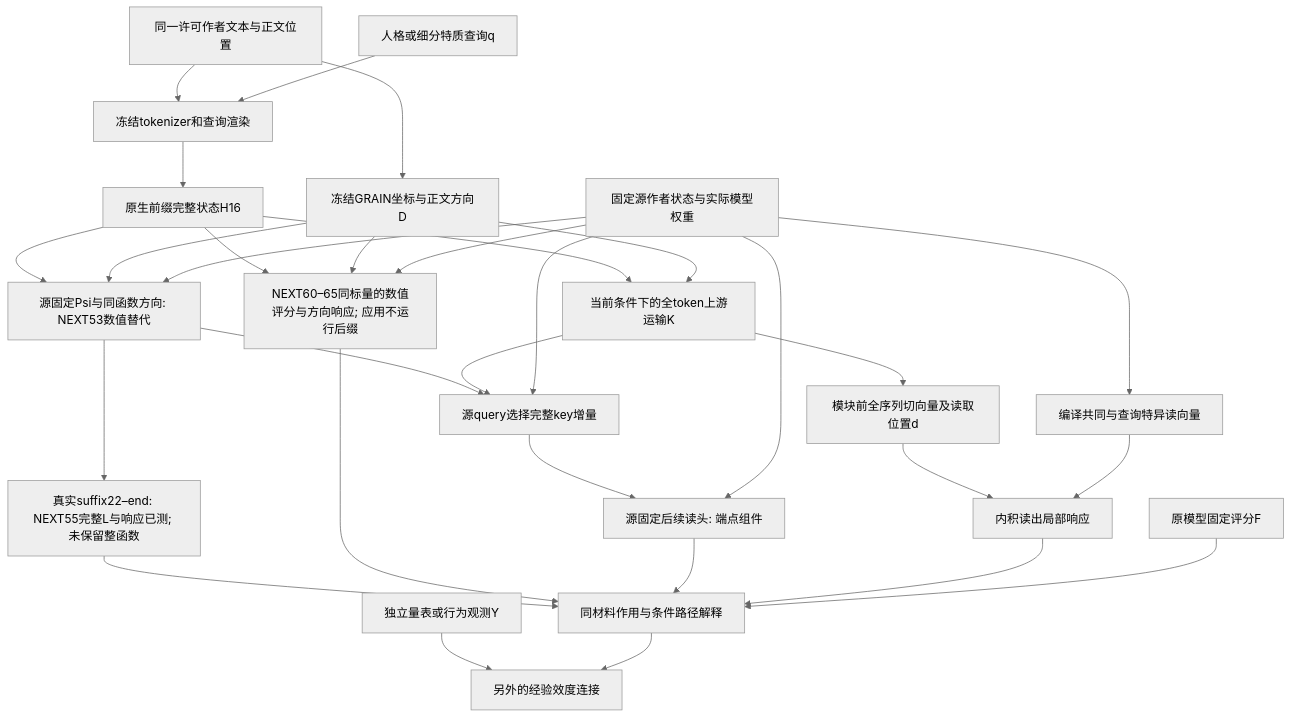
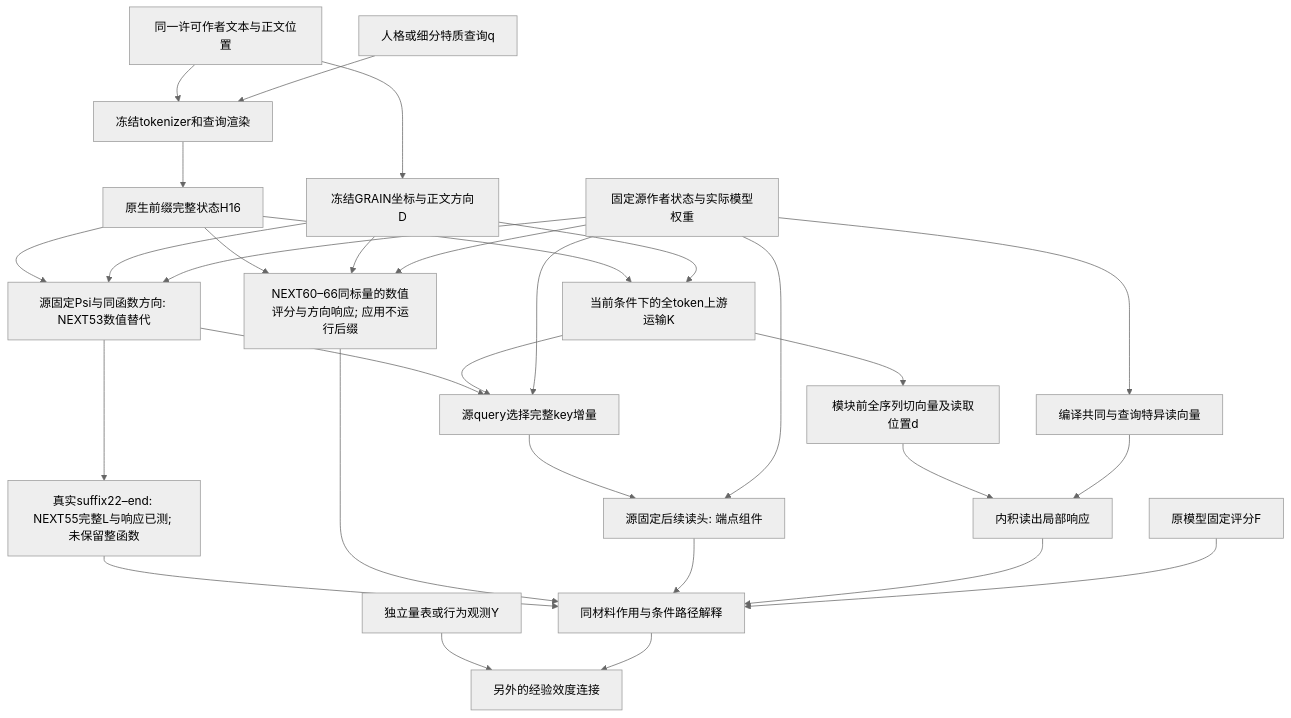
Before and after one commit to reiserhhh/GRAIN: the diagram in docs/GRAIN_UPSTREAM_MECHANISM_INTEGRATION_V1.md, drawn with Mermaid (neutral theme). The commit also changed other lines of this file and 22 other files, not shown here.

````diff
--- a/docs/GRAIN_UPSTREAM_MECHANISM_INTEGRATION_V1.md
+++ b/docs/GRAIN_UPSTREAM_MECHANISM_INTEGRATION_V1.md
@@ -8,32 +8,32 @@
 ```mermaid
 flowchart TD
   T[同一许可作者文本与正文位置] --> G[冻结GRAIN坐标与正文方向D]
   T --> R[冻结tokenizer和查询渲染]
   Q[人格或细分特质查询q] --> R
   R --> H[原生前缀完整状态H16]
   H --> K[当前条件下的全token上游运输K]
   H --> P[源固定Psi与同函数方向: NEXT53数值替代]
   G --> P
   S --> P
   P --> U
   P --> W[真实suffix22–end: NEXT55完整L与响应已测; 未保留整函数]
   W --> J
-  H --> Z[NEXT60–65同标量的数值评分与方向响应; 应用不运行后缀]
+  H --> Z[NEXT60–66同标量的数值评分与方向响应; 应用不运行后缀]
   G --> Z
   S --> Z
   Z --> J
   G --> K
   K --> D[模块前全序列切向量及读取位置d]
   S[固定源作者状态与实际模型权重] --> V[编译共同与查询特异读向量]
   D --> A[内积读出局部响应]
   V --> A
   K --> U[源query选择完整key增量]
   S --> U
   U --> C[源固定后续读头: 端点组件]
   S --> C
   C --> J
   A --> J[同材料作用与条件路径解释]
   F[原模型固定评分F] --> J
   Y[独立量表或行为观测Y] --> E[另外的经验效度连接]
   J --> E
 ```
````
